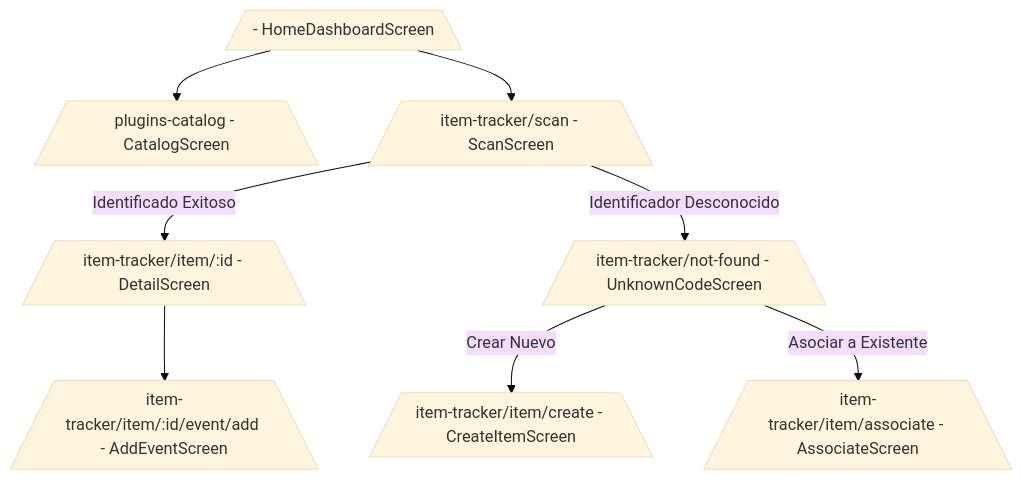
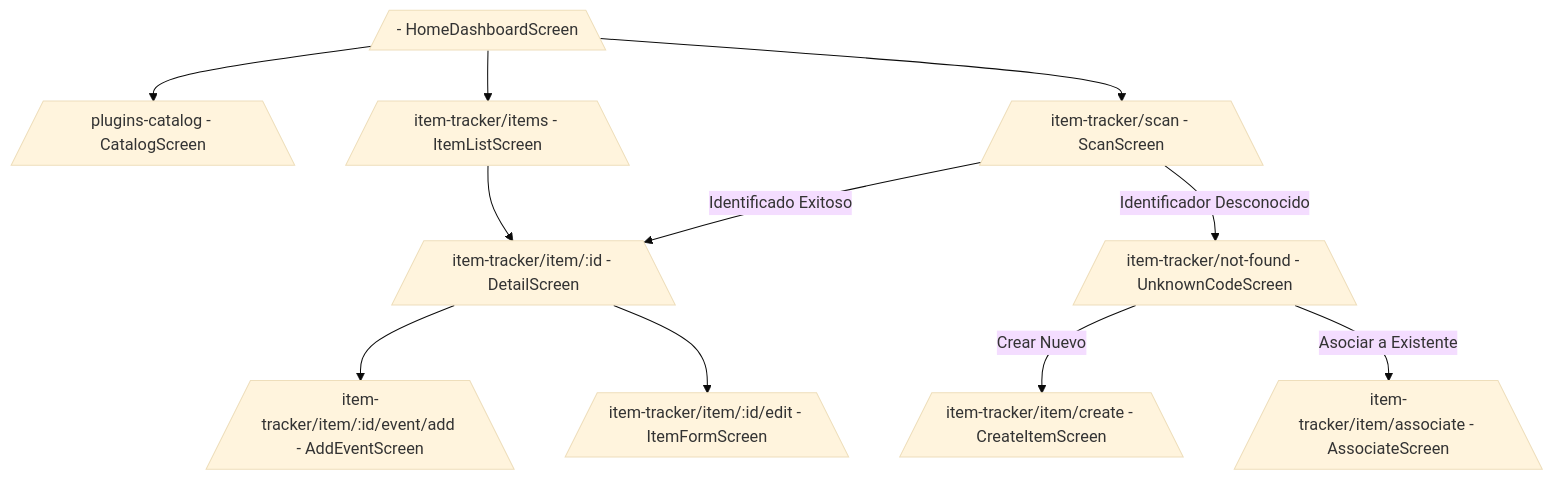
One commit to cristian2024/home_tasks changed the third of 4 diagrams in specs/app_spec.md. Above: the diagram before and after it, drawn with Mermaid (base theme). The commit also changed other lines of this file and 1 other file, not shown here.

````diff
--- a/specs/app_spec.md
+++ b/specs/app_spec.md
@@ -800,10 +800,13 @@
 ```mermaid
 graph TD
     Home[/ - HomeDashboardScreen\] --> Catalog[/plugins-catalog - CatalogScreen\]
     Home --> Scan[/item-tracker/scan - ScanScreen\]
     Scan -->|Identificado Exitoso| Detail[/item-tracker/item/:id - DetailScreen\]
     Scan -->|Identificador Desconocido| NotFound[/item-tracker/not-found - UnknownCodeScreen\]
     NotFound -->|Crear Nuevo| Create[/item-tracker/item/create - CreateItemScreen\]
     NotFound -->|Asociar a Existente| Associate[/item-tracker/item/associate - AssociateScreen\]
     Detail --> AddEvent[/item-tracker/item/:id/event/add - AddEventScreen\]
+    Detail --> Edit[/item-tracker/item/:id/edit - ItemFormScreen\]
+    Home --> Items[/item-tracker/items - ItemListScreen\]
+    Items --> Detail
 ```
````
